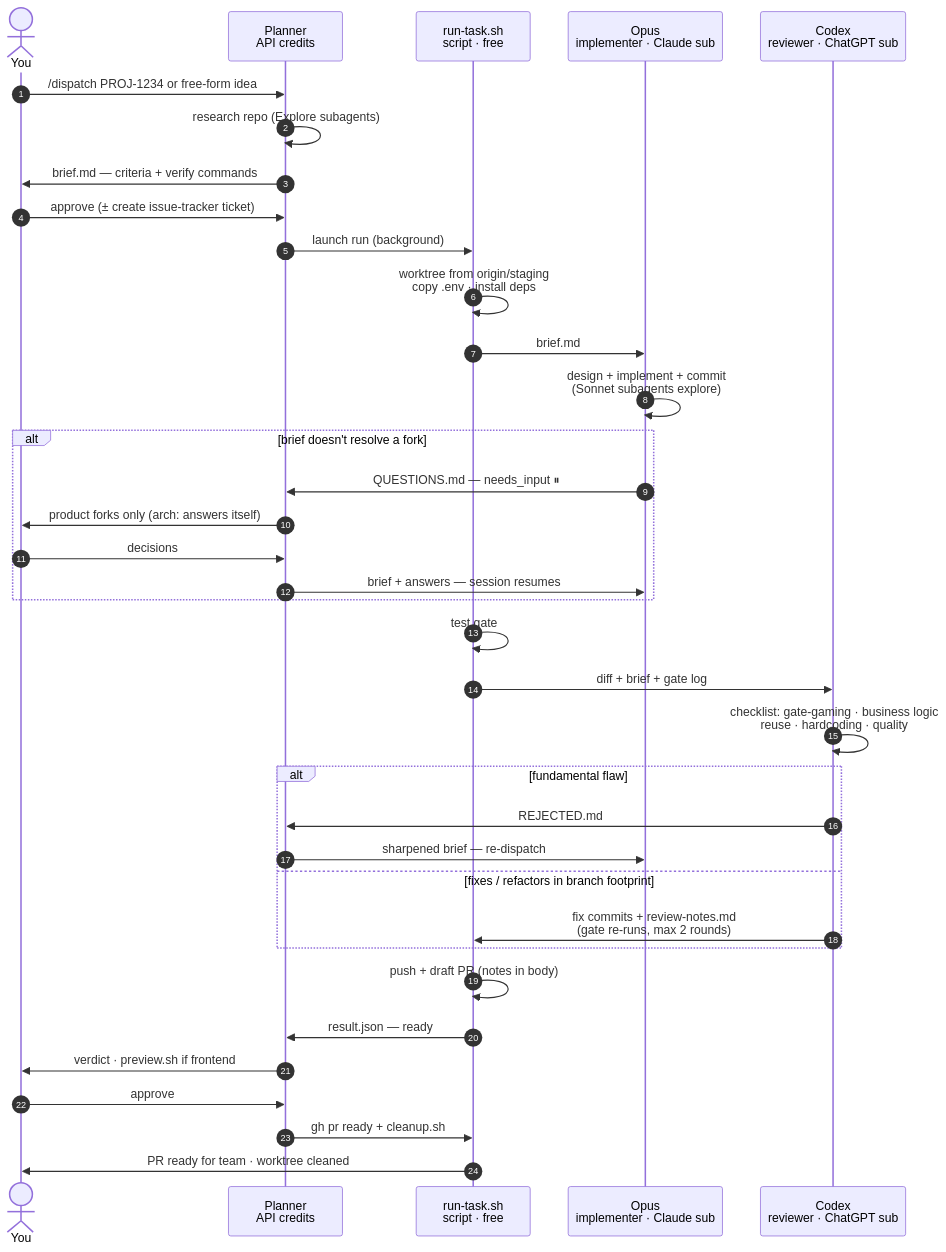
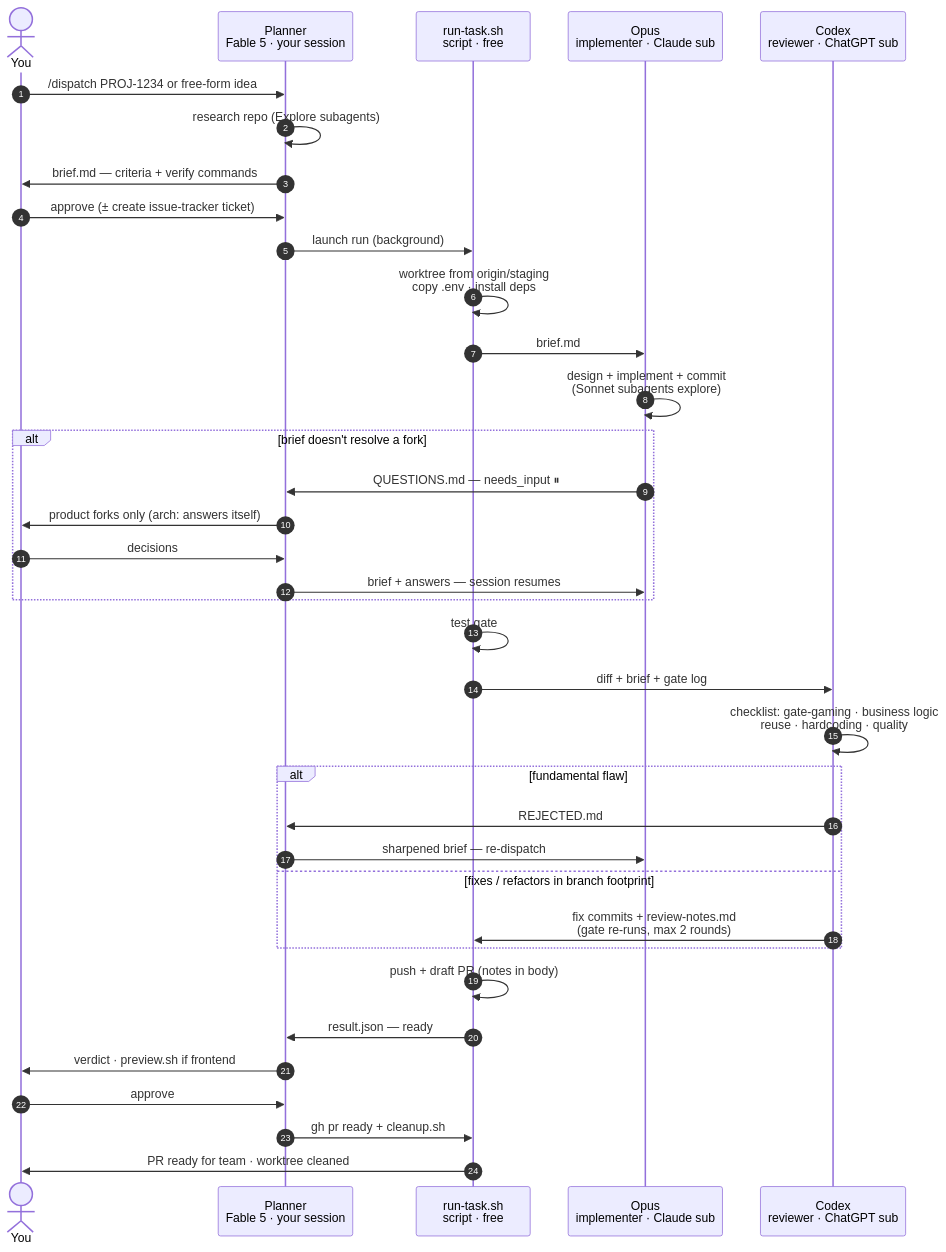
One commit to angelsole/dispatch-harness changed the first of 2 diagrams in FLOW.md. Above: the diagram before and after it, drawn with Mermaid. The commit also changed other lines of this file and 1 other file, not shown here.

First line of the commit message:
docs: name the planner model and its billing options

````diff
--- a/FLOW.md
+++ b/FLOW.md
@@ -9,43 +10,43 @@
 ```mermaid
 sequenceDiagram
     autonumber
     actor U as You
-    participant F as Planner<br/>API credits
+    participant F as Planner<br/>Fable 5 · your session
     participant S as run-task.sh<br/>script · free
     participant O as Opus<br/>implementer · Claude sub
     participant C as Codex<br/>reviewer · ChatGPT sub
 
     U->>F: /dispatch PROJ-1234 or free-form idea
     F->>F: research repo (Explore subagents)
     F->>U: brief.md — criteria + verify commands
     U->>F: approve (± create issue-tracker ticket)
     F->>S: launch run (background)
     S->>S: worktree from origin/staging<br/>copy .env · install deps
     S->>O: brief.md
     O->>O: design + implement + commit<br/>(Sonnet subagents explore)
 
     alt brief doesn't resolve a fork
         O->>F: QUESTIONS.md — needs_input ⏸
         F->>U: product forks only (arch: answers itself)
         U->>F: decisions
         F->>O: brief + answers — session resumes
     end
 
     S->>S: test gate #1 (per-repo cmds)
     S->>C: diff + brief + gate log
     C->>C: checklist: gate-gaming · business logic<br/>reuse · hardcoding · quality
 
     alt fundamental flaw
         C->>F: REJECTED.md
         F->>O: sharpened brief — re-dispatch
     else fixes / refactors in branch footprint
         C->>S: fix commits + review-notes.md<br/>(gate re-runs, max 2 rounds)
     end
 
     S->>S: push + draft PR (notes in body)
     S->>F: result.json — ready
     F->>U: verdict · preview.sh if frontend
     U->>F: approve
     F->>S: gh pr ready + cleanup.sh
     S->>U: PR ready for team · worktree cleaned
 ```
````
